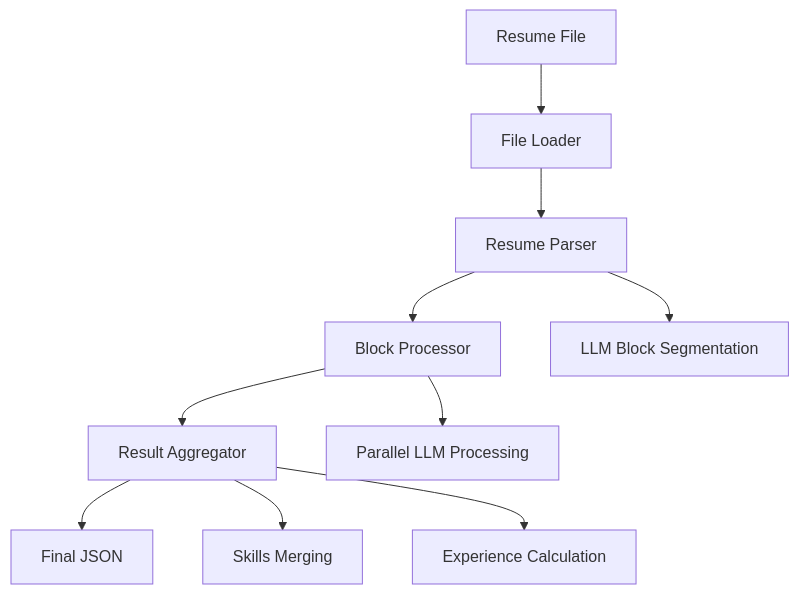
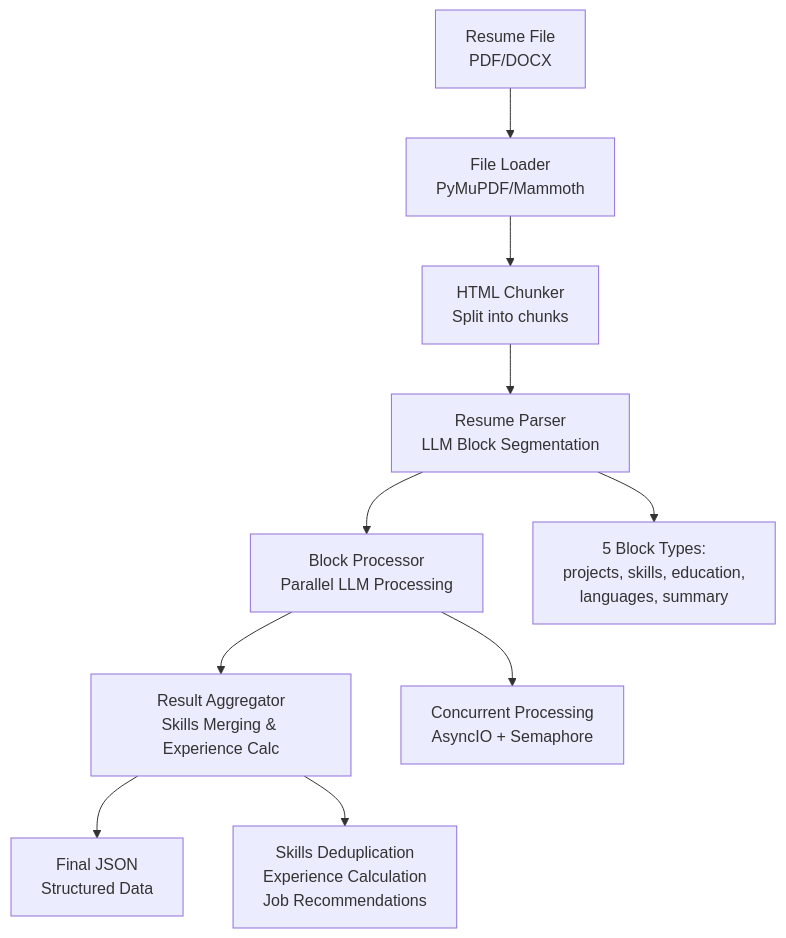
The diagram in README.md (ppush/resume-analyzer), drawn with Mermaid before and after one commit.

Commit message:
Update Processing Pipeline diagram to reflect actual architecture

````diff
--- a/README.md
+++ b/README.md
@@ -165,13 +165,13 @@
 ```mermaid
 graph TD
-    A[Resume File] --> B[File Loader]
-    B --> C[Resume Parser]
-    C --> D[Block Processor]
-    D --> E[Result Aggregator]
-    E --> F[Final JSON]
+    A[Resume File<br/>PDF/DOCX] --> B[File Loader<br/>PyMuPDF/Mammoth]
+    B --> C[HTML Chunker<br/>Split into chunks]
+    C --> D[Resume Parser<br/>LLM Block Segmentation]
+    D --> E[Block Processor<br/>Parallel LLM Processing]
+    E --> F[Result Aggregator<br/>Skills Merging & Experience Calc]
+    F --> G[Final JSON<br/>Structured Data]
     
-    C --> G[LLM Block Segmentation]
-    D --> H[Parallel LLM Processing]
-    E --> I[Skills Merging]
-    E --> J[Experience Calculation]
+    D --> H[5 Block Types:<br/>projects, skills, education,<br/>languages, summary]
+    E --> I[Concurrent Processing<br/>AsyncIO + Semaphore]
+    F --> J[Skills Deduplication<br/>Experience Calculation<br/>Job Recommendations]
 ```
````
